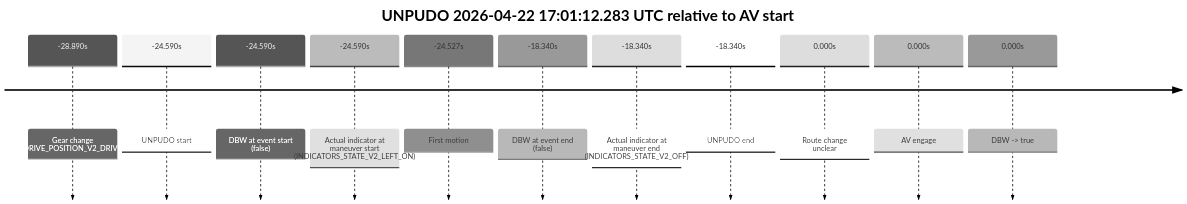
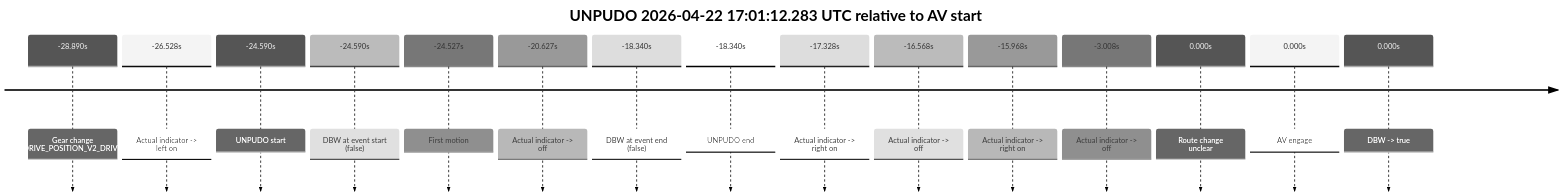
The fifth of 5 diagrams in model_analysis/report_cards/2026/04/Week-4/fme10010--2026-04-22--16-09-57--gen2-av-97310301-a8d4-4bb7-87aa-6bf157ad09e8.md (yoelshapiro/vault), drawn with Mermaid (neutral theme) before and after one commit. The commit also changed other lines of this file, not shown here.

````diff
--- a/model_analysis/report_cards/2026/04/Week-4/fme10010--2026-04-22--16-09-57--gen2-av-97310301-a8d4-4bb7-87aa-6bf157ad09e8.md
+++ b/model_analysis/report_cards/2026/04/Week-4/fme10010--2026-04-22--16-09-57--gen2-av-97310301-a8d4-4bb7-87aa-6bf157ad09e8.md
@@ -398,15 +404,19 @@
 ```mermaid
 timeline
     title UNPUDO 2026-04-22 17:01:12.283 UTC relative to AV start
     -28.890s : Gear change (DRIVE_POSITION_V2_DRIVE)
+    -26.528s : Actual indicator -> left on
     -24.590s : UNPUDO start
     -24.590s : DBW at event start (false)
-    -24.590s : Actual indicator at maneuver start (INDICATORS_STATE_V2_LEFT_ON)
     -24.527s : First motion
+    -20.627s : Actual indicator -> off
     -18.340s : DBW at event end (false)
-    -18.340s : Actual indicator at maneuver end (INDICATORS_STATE_V2_OFF)
     -18.340s : UNPUDO end
+    -17.328s : Actual indicator -> right on
+    -16.568s : Actual indicator -> off
+    -15.968s : Actual indicator -> right on
+    -3.008s : Actual indicator -> off
     0.000s : Route change unclear
     0.000s : AV engage
     0.000s : DBW -> true
 ```
````
